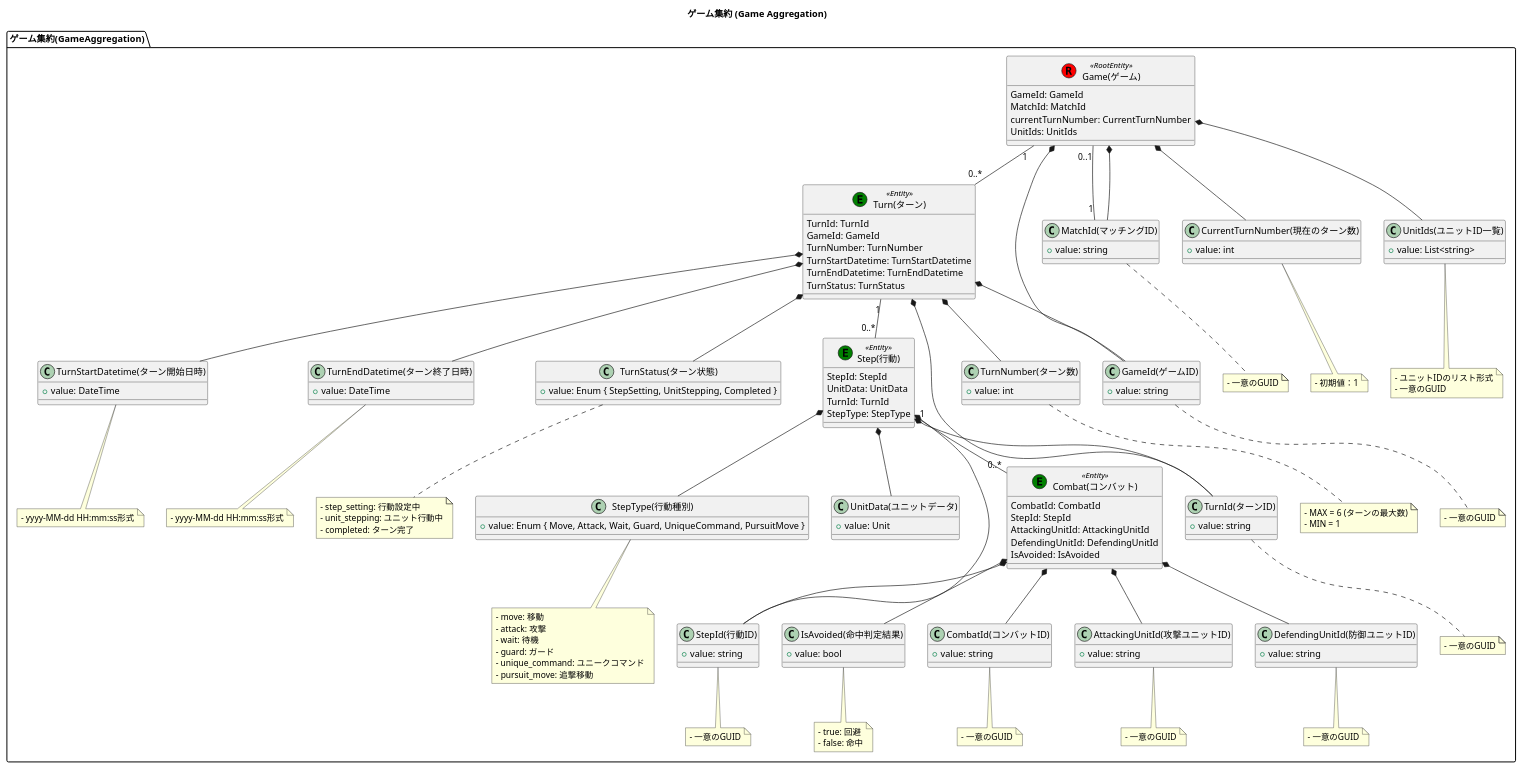
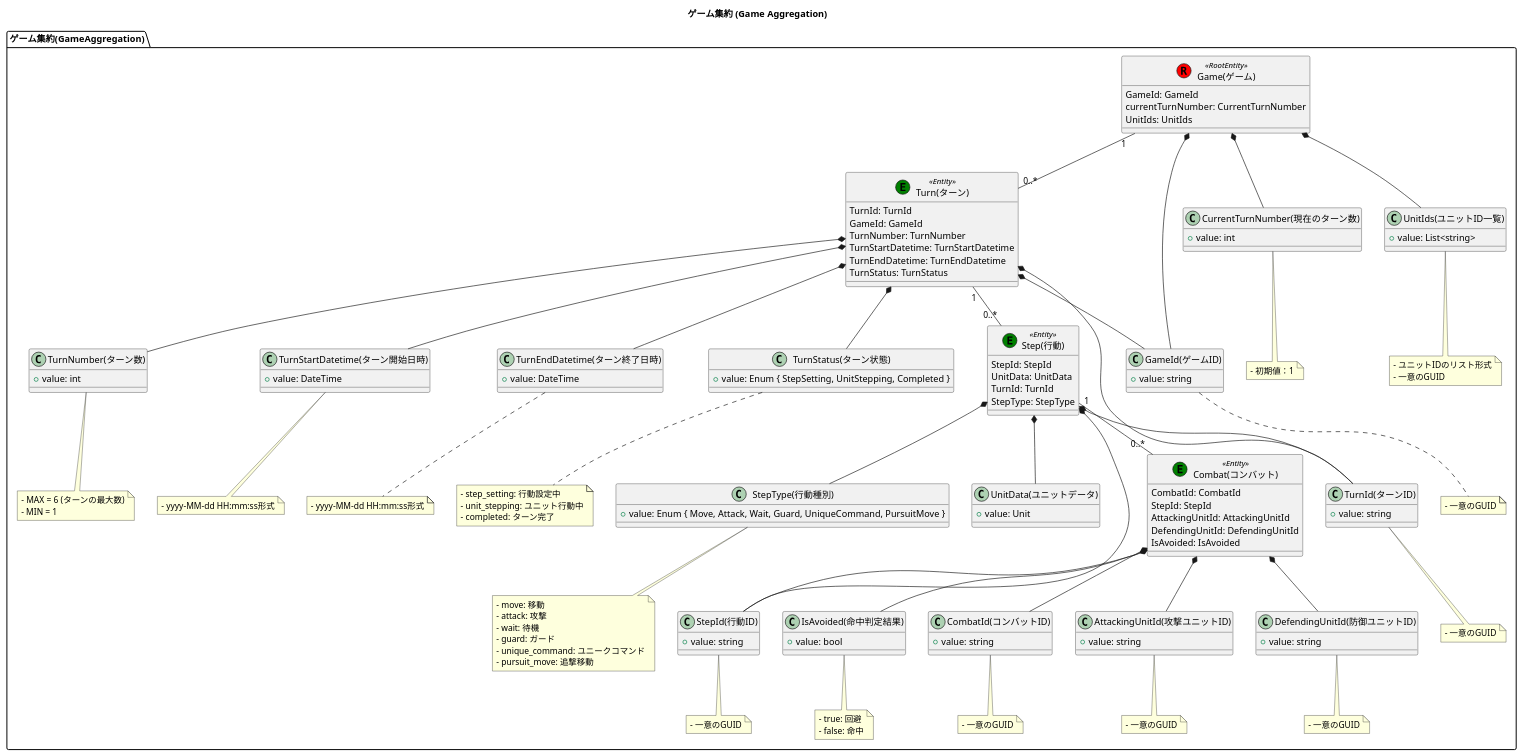
One commit to pandapan-cute/TriggerGameCompose changed the diagram in _Documents/03_詳細設計/ドメイン駆動設計/TriggerGameUML/TriggerGameSimulator/Domain/models/Game/Game.pu. Above: the diagram before and after it, drawn with PlantUML. The commit also changed 21 other files, not shown here.

```diff
--- a/_Documents/03_詳細設計/ドメイン駆動設計/TriggerGameUML/TriggerGameSimulator/Domain/models/Game/Game.pu
+++ b/_Documents/03_詳細設計/ドメイン駆動設計/TriggerGameUML/TriggerGameSimulator/Domain/models/Game/Game.pu
@@ -6,7 +6,6 @@
     ' 1. エンティティの定義
     class "Game(ゲーム)" as Game << (R,red) RootEntity >> {
         GameId: GameId
-        MatchId: MatchId
         currentTurnNumber: CurrentTurnNumber
         UnitIds: UnitIds
     }
@@ -36,10 +35,6 @@
     }
 
     class "GameId(ゲームID)" as GameId {
-        + value: string
-    }
-
-    class "MatchId(マッチングID)" as MatchId {
         + value: string
     }
 
@@ -101,10 +96,6 @@
 
     ' 3. ルールの追加
     note bottom of GameId
-        - 一意のGUID
-    end note
-
-    note bottom of MatchId
         - 一意のGUID
     end note
 
@@ -171,13 +162,11 @@
     end note
 
     ' 4. 関連性の定義
-    Game "0..1" -- "1" MatchId
     Game "1" -- "0..*" Turn
     Turn "1" -- "0..*" Step
     Step "1" -- "0..*" Combat
 
     Game *-down- GameId
-    Game *-down- MatchId
     Game *-down- CurrentTurnNumber
     Game *-down- UnitIds
 
```
